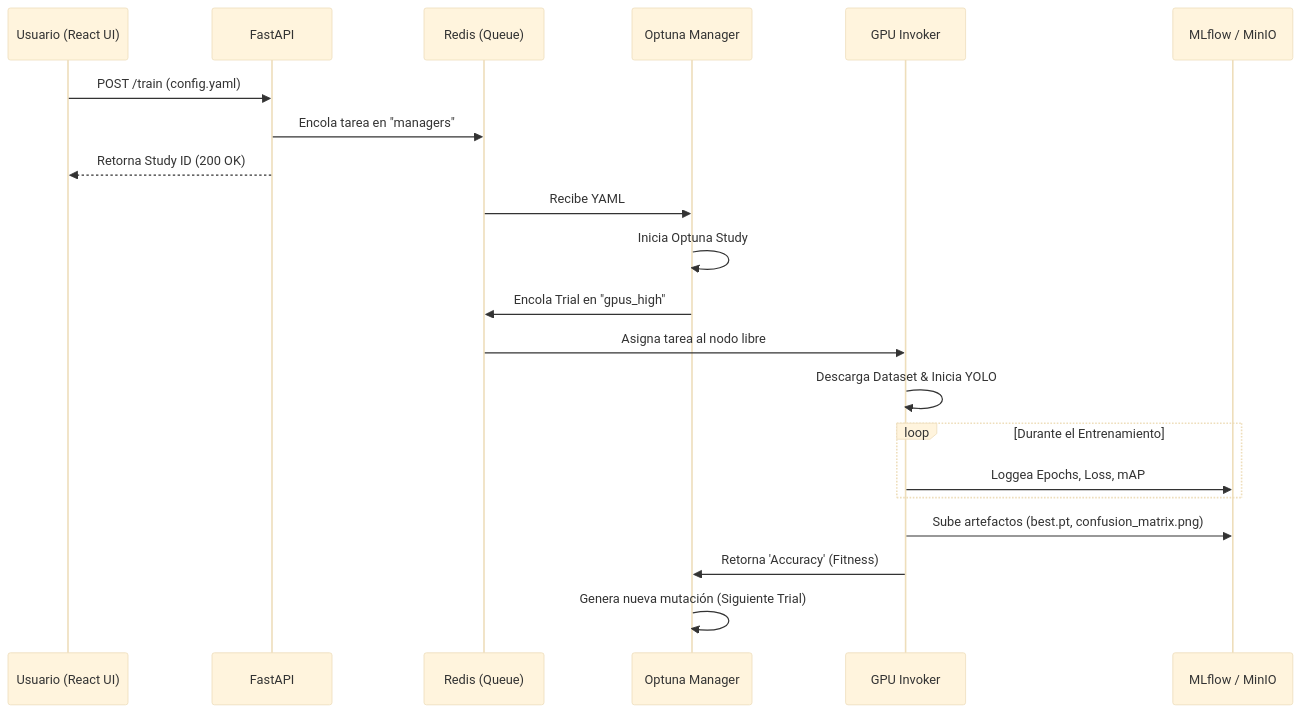
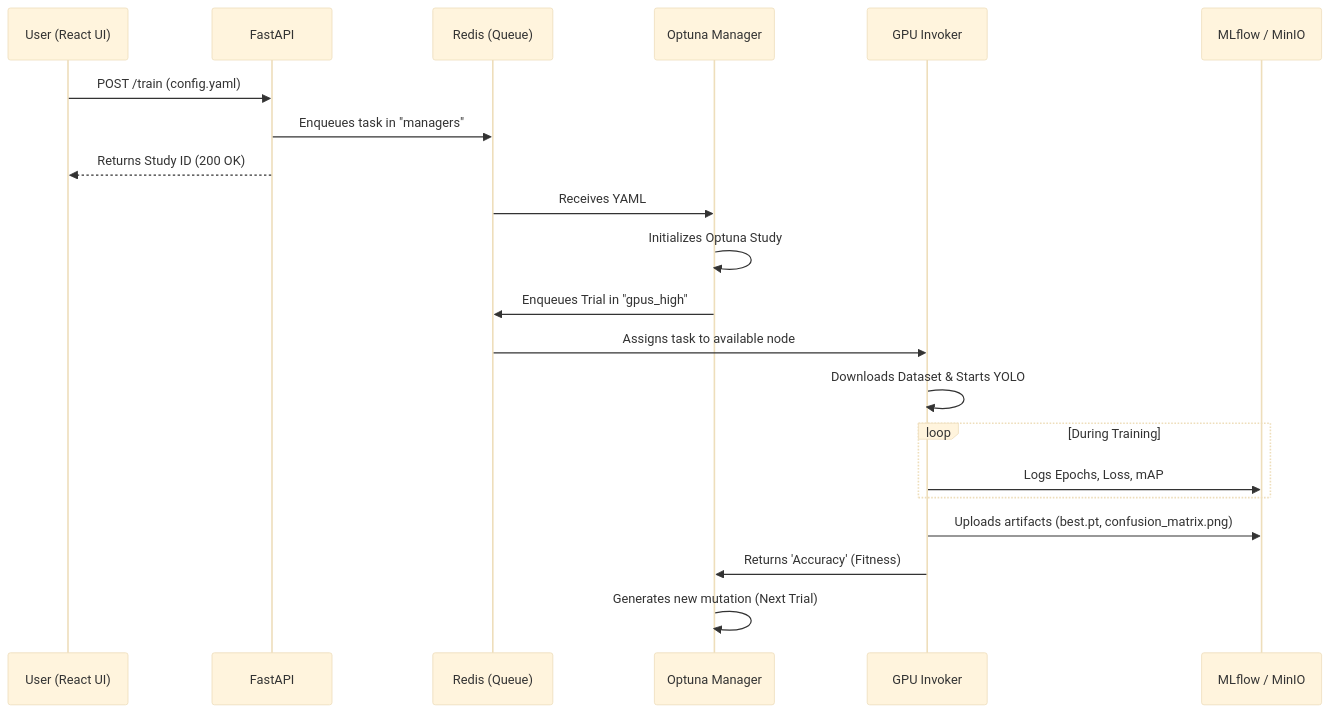
Before and after one commit to wisrovi/wyoloservice2_production: the third of 3 diagrams in README.md, drawn with Mermaid (base theme). The commit also changed other lines of this file, not shown here.

````diff
--- a/README.md
+++ b/README.md
@@ -106,28 +106,28 @@
 ```mermaid
 sequenceDiagram
-    participant User as Usuario (React UI)
+    participant User as User (React UI)
     participant API as FastAPI
     participant Redis as Redis (Queue)
     participant Manager as Optuna Manager
     participant Worker as GPU Invoker
     participant Tracking as MLflow / MinIO
 
     User->>API: POST /train (config.yaml)
-    API->>Redis: Encola tarea en "managers"
-    API-->>User: Retorna Study ID (200 OK)
+    API->>Redis: Enqueues task in "managers"
+    API-->>User: Returns Study ID (200 OK)
     
-    Redis->>Manager: Recibe YAML
-    Manager->>Manager: Inicia Optuna Study
-    Manager->>Redis: Encola Trial en "gpus_high"
+    Redis->>Manager: Receives YAML
+    Manager->>Manager: Initializes Optuna Study
+    Manager->>Redis: Enqueues Trial in "gpus_high"
     
-    Redis->>Worker: Asigna tarea al nodo libre
-    Worker->>Worker: Descarga Dataset & Inicia YOLO
+    Redis->>Worker: Assigns task to available node
+    Worker->>Worker: Downloads Dataset & Starts YOLO
     
-    loop Durante el Entrenamiento
-        Worker->>Tracking: Loggea Epochs, Loss, mAP
+    loop During Training
+        Worker->>Tracking: Logs Epochs, Loss, mAP
     end
     
-    Worker->>Tracking: Sube artefactos (best.pt, confusion_matrix.png)
-    Worker->>Manager: Retorna 'Accuracy' (Fitness)
-    Manager->>Manager: Genera nueva mutación (Siguiente Trial)
+    Worker->>Tracking: Uploads artifacts (best.pt, confusion_matrix.png)
+    Worker->>Manager: Returns 'Accuracy' (Fitness)
+    Manager->>Manager: Generates new mutation (Next Trial)
 ```
````
